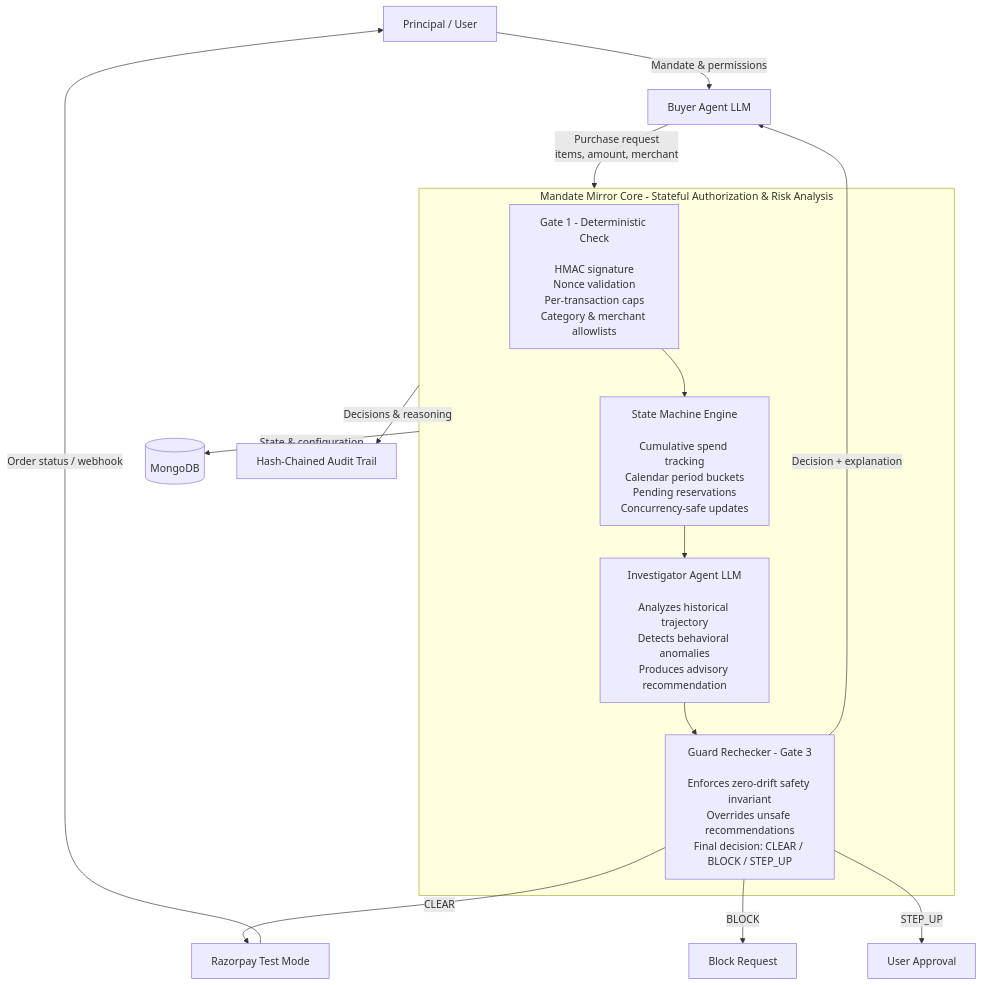
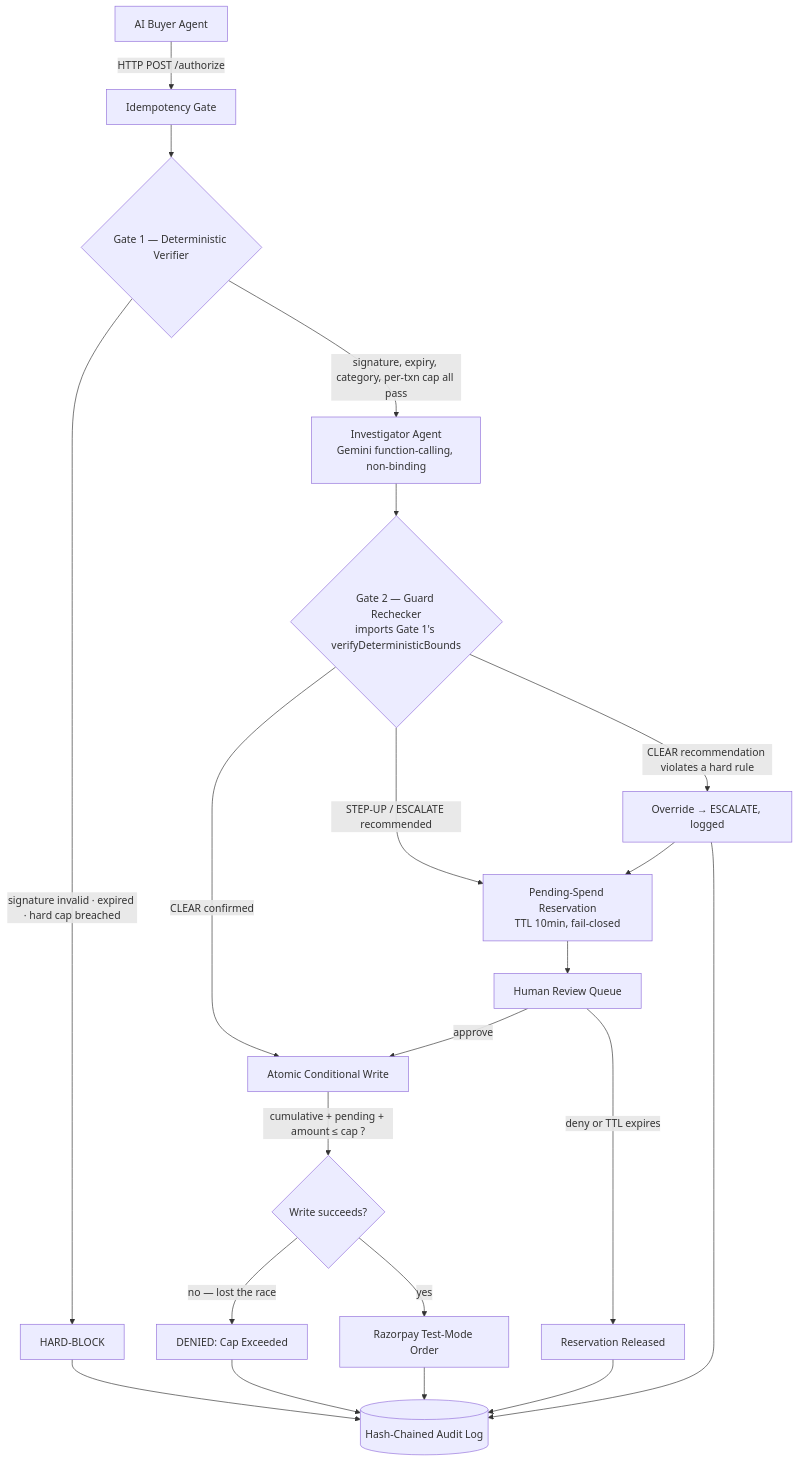
One commit to shruti-khomne-7/razorpay-mandate-mirror changed the diagram in README.md. Above: the diagram before and after it, drawn with Mermaid.

Commit message:
Update system architecture

````diff
--- a/README.md
+++ b/README.md
@@ -14,34 +14,29 @@
 ```mermaid
 flowchart TD
+    A[AI Buyer Agent] -->|HTTP POST /authorize| B[Idempotency Gate]
+    B --> C{Gate 1 — Deterministic Verifier}
 
-    A[Principal / User] -->|Mandate & permissions| B[Buyer Agent LLM]
+    C -->|signature invalid · expired · hard cap breached| D[HARD-BLOCK]
+    C -->|signature, expiry, category, per-txn cap all pass| E[Investigator Agent<br/>Gemini function-calling, non-binding]
 
-    B -->|Purchase request<br/>items, amount, merchant| C[Mandate Mirror Core]
+    E --> F{Gate 2 — Guard Rechecker<br/>imports Gate 1's verifyDeterministicBounds}
 
-    subgraph C[Mandate Mirror Core - Stateful Authorization & Risk Analysis]
+    F -->|CLEAR confirmed| H[Atomic Conditional Write]
+    F -->|STEP-UP / ESCALATE recommended| I[Pending-Spend Reservation<br/>TTL 10min, fail-closed]
+    F -->|CLEAR recommendation violates a hard rule| G[Override → ESCALATE, logged]
+    G --> I
 
-        D[Gate 1 - Deterministic Check<br/><br/>HMAC signature<br/>Nonce validation<br/>Per-transaction caps<br/>Category & merchant allowlists]
+    H -->|cumulative + pending + amount ≤ cap ?| J{Write succeeds?}
+    J -->|no — lost the race| K[DENIED: Cap Exceeded]
+    J -->|yes| L[Razorpay Test-Mode Order]
 
-        E[State Machine Engine<br/><br/>Cumulative spend tracking<br/>Calendar period buckets<br/>Pending reservations<br/>Concurrency-safe updates]
+    I --> M[Human Review Queue]
+    M -->|approve| H
+    M -->|deny or TTL expires| N[Reservation Released]
 
-        F[Investigator Agent LLM<br/><br/>Analyzes historical trajectory<br/>Detects behavioral anomalies<br/>Produces advisory recommendation]
-
-        G[Guard Rechecker - Gate 3<br/><br/>Enforces zero-drift safety invariant<br/>Overrides unsafe recommendations<br/>Final decision: CLEAR / BLOCK / STEP_UP]
-
-        D --> E --> F --> G
-    end
-
-    C -->|State & configuration| H[(MongoDB)]
-
-    C -->|Decisions & reasoning| I[Hash-Chained Audit Trail]
-
-    G -->|CLEAR| J[Razorpay Test Mode]
-
-    G -->|BLOCK| K[Block Request]
-
-    G -->|STEP_UP| L[User Approval]
-
-    G -->|Decision + explanation| B
-
-    J -->|Order status / webhook| A
+    D --> O[(Hash-Chained Audit Log)]
+    K --> O
+    L --> O
+    N --> O
+    G --> O
 ```
````
